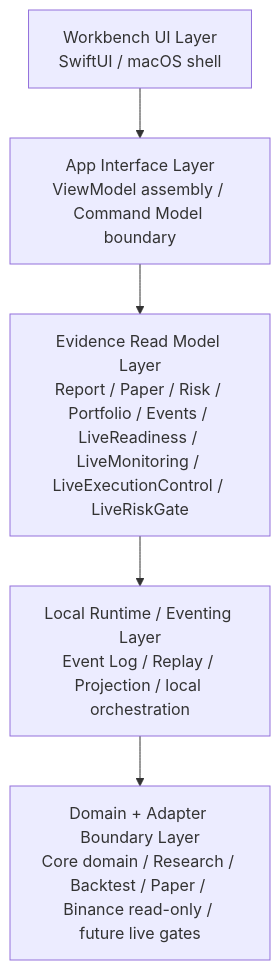
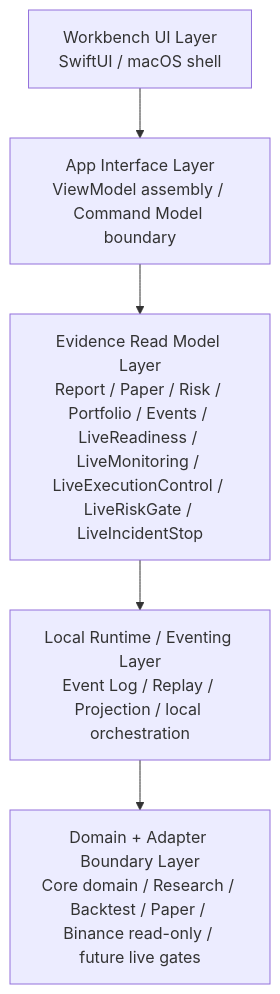
Before and after one commit to atxinbao/MTPRO: the diagram in docs/architecture.md, drawn with Mermaid. The commit also changed other lines of this file and 7 other files, not shown here.

Commit message:
Close live audit incident stop root docs refresh (#186)

````diff
--- a/docs/architecture.md
+++ b/docs/architecture.md
@@ -47,10 +47,10 @@
 ```mermaid
 flowchart TB
     L1["Workbench UI Layer<br/>SwiftUI / macOS shell"]
     L2["App Interface Layer<br/>ViewModel assembly / Command Model boundary"]
-    L3["Evidence Read Model Layer<br/>Report / Paper / Risk / Portfolio / Events / LiveReadiness / LiveMonitoring / LiveExecutionControl / LiveRiskGate"]
+    L3["Evidence Read Model Layer<br/>Report / Paper / Risk / Portfolio / Events / LiveReadiness / LiveMonitoring / LiveExecutionControl / LiveRiskGate / LiveIncidentStop"]
     L4["Local Runtime / Eventing Layer<br/>Event Log / Replay / Projection / local orchestration"]
     L5["Domain + Adapter Boundary Layer<br/>Core domain / Research / Backtest / Paper / Binance read-only / future live gates"]
 
     L1 --> L2 --> L3 --> L4 --> L5
 ```
````
